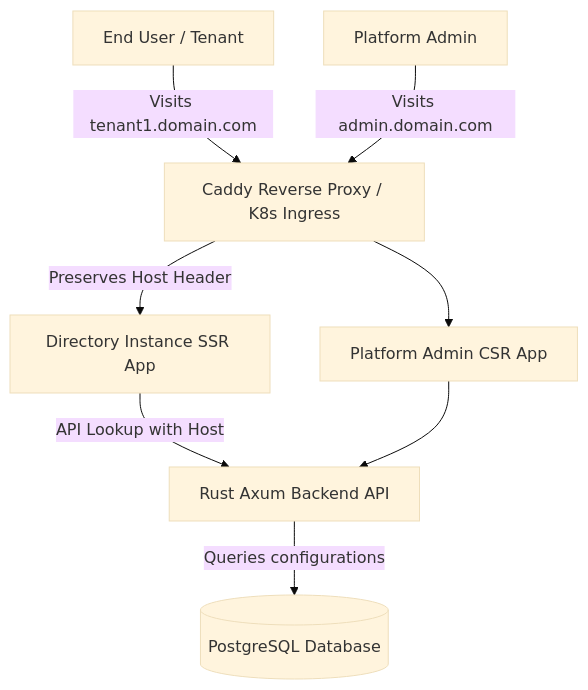
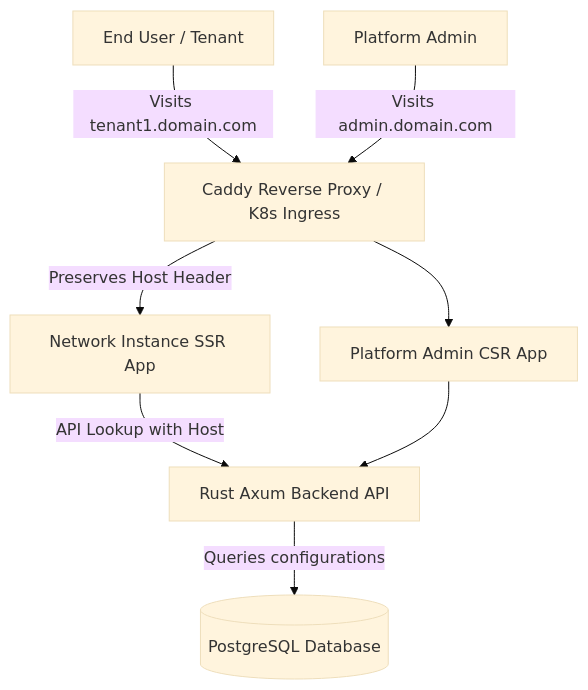
The second of 2 diagrams in architecture.md (ruuderie/RustSvelteBusinessDirectory), drawn with Mermaid (base theme) before and after one commit. The commit also changed other lines of this file and 94 other files, not shown here.

````diff
--- a/architecture.md
+++ b/architecture.md
@@ -330,10 +330,10 @@
 ```mermaid
 graph TD
     User[End User / Tenant] -->|Visits tenant1.domain.com| Proxy[Caddy Reverse Proxy / K8s Ingress]
-    Proxy -->|Preserves Host Header| DirInst[Directory Instance SSR App]
+    Proxy -->|Preserves Host Header| DirInst[Network Instance SSR App]
     DirInst -->|API Lookup with Host| Backend[Rust Axum Backend API]
     Backend -->|Queries configurations| DB[(PostgreSQL Database)]
     Admin[Platform Admin] -->|Visits admin.domain.com| Proxy
     Proxy --> AdminApp[Platform Admin CSR App]
     AdminApp --> Backend
 ```
````
